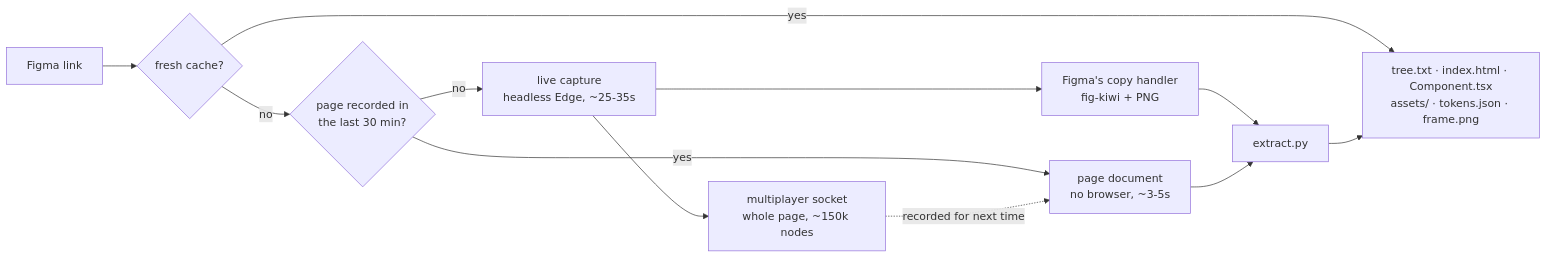
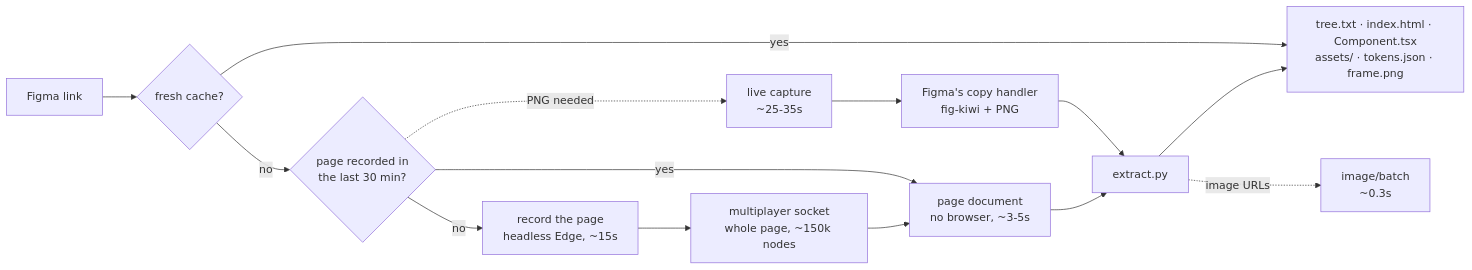
Before and after one commit to haonguyenstech/refigma-mcp: the diagram in README.md, drawn with Mermaid. The commit also changed other lines of this file and 11 other files, not shown here.

````diff
--- a/README.md
+++ b/README.md
@@ -245,14 +245,16 @@
 ```mermaid
 flowchart LR
     A[Figma link] --> B{fresh cache?}
     B -- yes --> OUT
     B -- no --> C{page recorded in<br/>the last 30 min?}
     C -- yes --> D[page document<br/>no browser, ~3-5s]
-    C -- no --> E[live capture<br/>headless Edge, ~25-35s]
+    C -- no --> R[record the page<br/>headless Edge, ~15s]
+    R --> G[multiplayer socket<br/>whole page, ~150k nodes]
+    G --> D
+    C -. PNG needed .-> E[live capture<br/>~25-35s]
     E --> F[Figma's copy handler<br/>fig-kiwi + PNG]
-    E --> G[multiplayer socket<br/>whole page, ~150k nodes]
-    G -. recorded for next time .-> D
     F --> X[extract.py]
     D --> X
+    X -. image URLs .-> I[image/batch<br/>~0.3s]
     X --> OUT[tree.txt · index.html · Component.tsx<br/>assets/ · tokens.json · frame.png]
 ```
````
